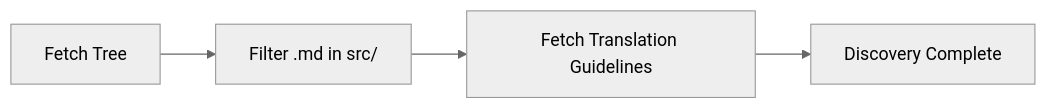
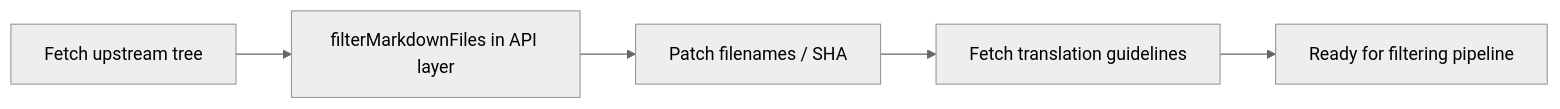
Before and after one commit to NivaldoFarias/translate-react: the third of 9 diagrams in docs/WORKFLOW.md, drawn with Mermaid (neutral theme). The commit also changed other lines of this file and 3 other files, not shown here.

````diff
--- a/docs/WORKFLOW.md
+++ b/docs/WORKFLOW.md
@@ -80,6 +107,7 @@
 ```mermaid
 flowchart LR
-    A[Fetch Tree] --> B[Filter .md in src/]
-    B --> C[Fetch Translation Guidelines]
-    C --> D[Discovery Complete]
+    A[Fetch upstream tree] --> B[filterMarkdownFiles in API layer]
+    B --> C[Patch filenames / SHA]
+    C --> D[Fetch translation guidelines]
+    D --> E[Ready for filtering pipeline]
 ```
````
